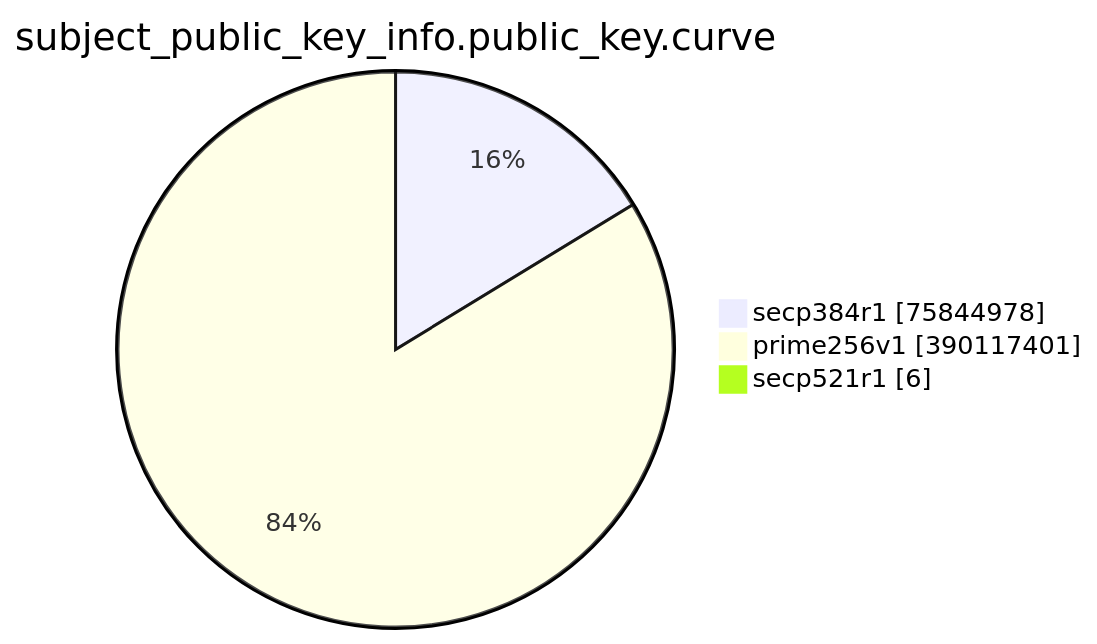
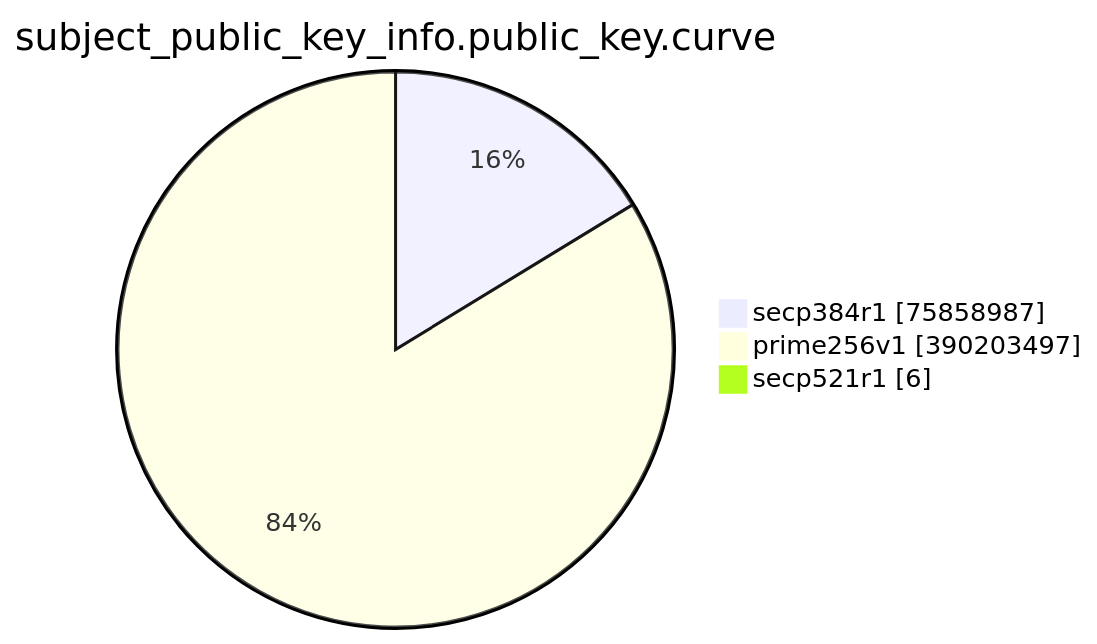
One commit to christiankrug/ctmonitor_visualization changed the eighth of 15 diagrams in TOTAL/README.md. Above: the diagram before and after it, drawn with Mermaid. The commit also changed other lines of this file, not shown here.

````diff
--- a/TOTAL/README.md
+++ b/TOTAL/README.md
@@ -3094,7 +3094,7 @@
 ```mermaid
 pie showData
 title subject_public_key_info.public_key.curve
-"secp384r1" :75844978
-"prime256v1" :390117401
+"secp384r1" :75858987
+"prime256v1" :390203497
 "secp521r1" :6
 ```
````
